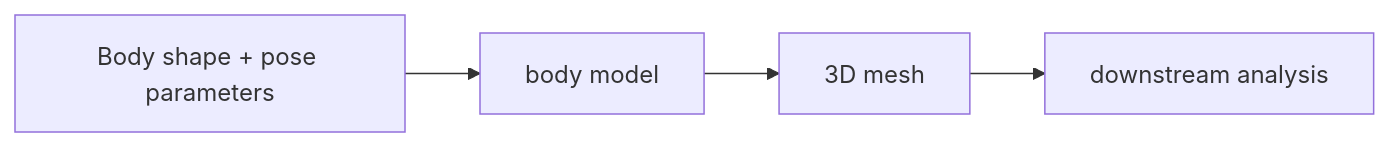
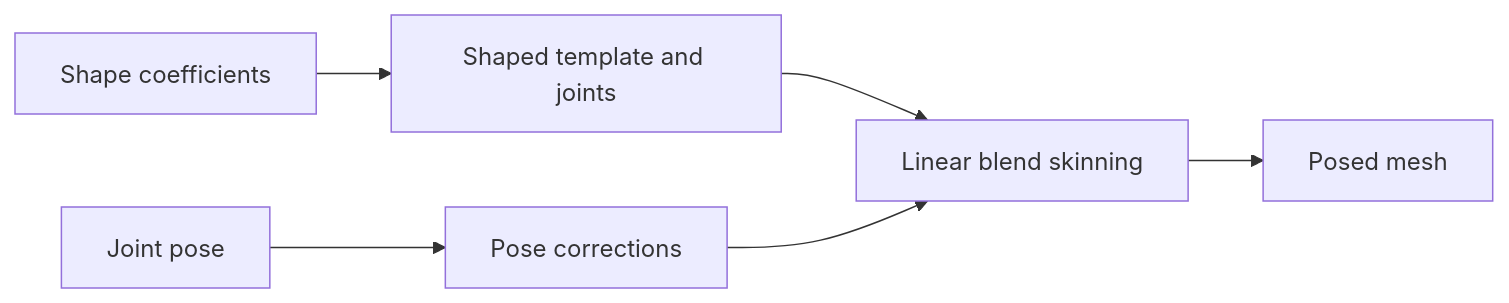
The diagram in docs/en/smpl.md (james-joobs/awesome-nvidia-physical-ai), drawn with Mermaid before and after one commit. The commit also changed other lines of this file and 187 other files, not shown here.

Commit message:
Expand bilingual guides with official architecture references

````diff
--- a/docs/en/smpl.md
+++ b/docs/en/smpl.md
@@ -11,4 +11,8 @@
 ```mermaid
 flowchart LR
-    A["Body shape + pose parameters"] --> B["body model"] --> C["3D mesh"] --> D["downstream analysis"]
+    B["Shape coefficients"] --> T["Shaped template and joints"]
+    P["Joint pose"] --> C["Pose corrections"]
+    T --> S["Linear blend skinning"]
+    C --> S
+    S --> M["Posed mesh"]
 ```
````
